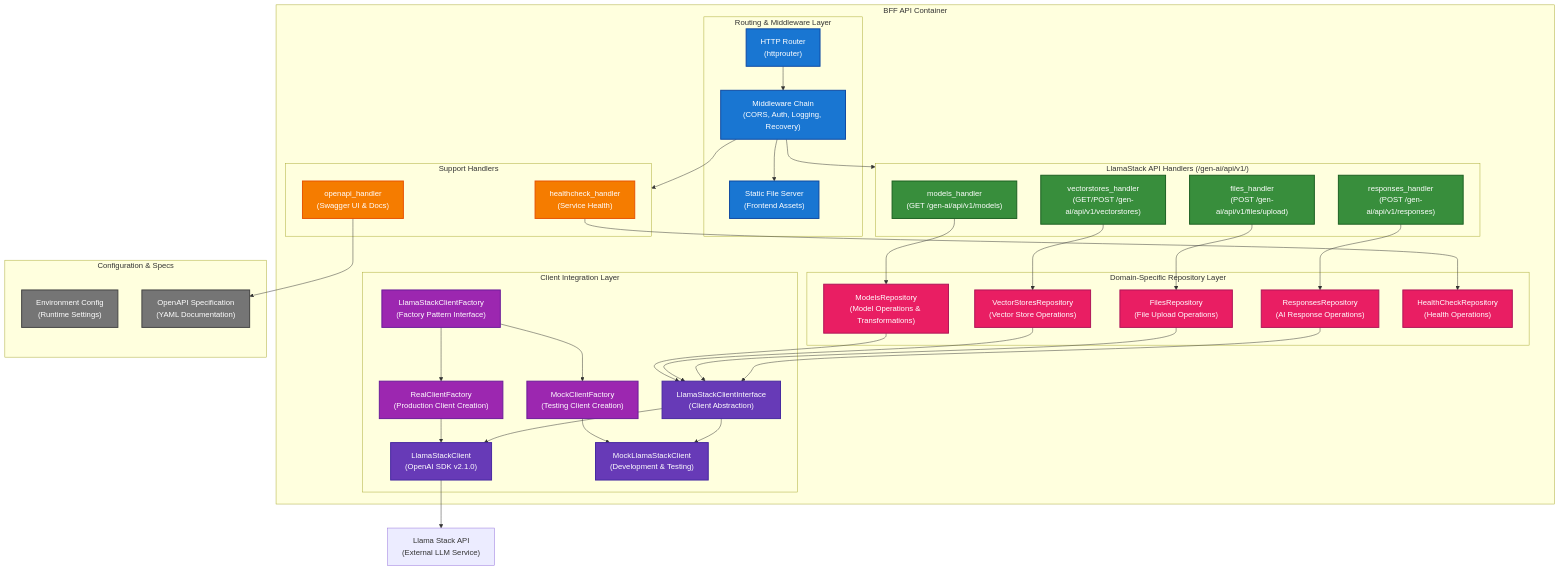
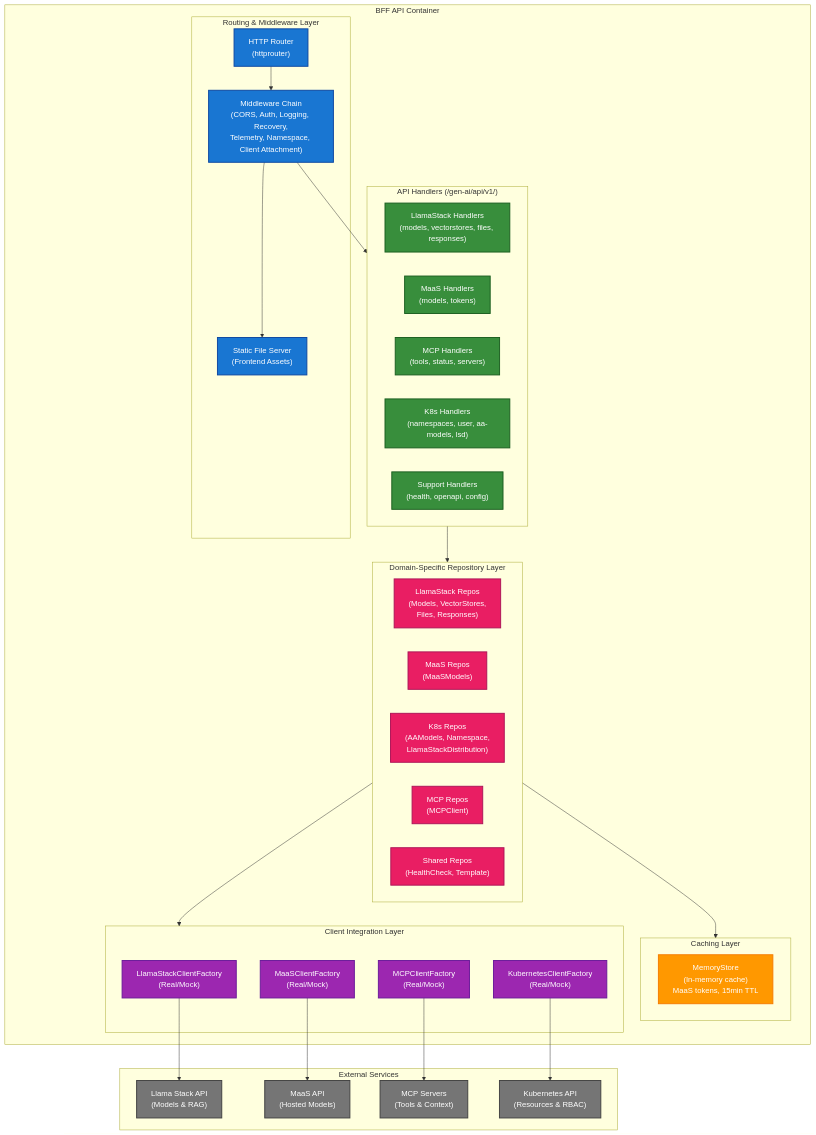
The fourth of 5 diagrams in packages/gen-ai/docs/adr/0002-system-architecture.md (opendatahub-io/odh-dashboard), drawn with Mermaid before and after one commit. The commit also changed other lines of this file and 11 other files, not shown here.

First line of the commit message:
docs: Update and expand BFF Architecture Decision Records

````diff
--- a/packages/gen-ai/docs/adr/0002-system-architecture.md
+++ b/packages/gen-ai/docs/adr/0002-system-architecture.md
@@ -304,87 +315,69 @@
     subgraph BFF["BFF API Container"]
         subgraph RoutingLayer["Routing & Middleware Layer"]
             Router["HTTP Router<br/>(httprouter)"]
-            Middleware["Middleware Chain<br/>(CORS, Auth, Logging, Recovery)"]
+            Middleware["Middleware Chain<br/>(CORS, Auth, Logging, Recovery,<br/>Telemetry, Namespace, Client Attachment)"]
             StaticServer["Static File Server<br/>(Frontend Assets)"]
         end
         
-        subgraph LlamaStackHandlers["LlamaStack API Handlers (/gen-ai/api/v1/)"]
-            ModelsHandler["models_handler<br/>(GET /gen-ai/api/v1/models)"]
-            VectorStoresHandler["vectorstores_handler<br/>(GET/POST /gen-ai/api/v1/vectorstores)"]
-            FilesHandler["files_handler<br/>(POST /gen-ai/api/v1/files/upload)"]
-            ResponsesHandler["responses_handler<br/>(POST /gen-ai/api/v1/responses)"]
+        subgraph Handlers["API Handlers (/gen-ai/api/v1/)"]
+            LlamaHandlers["LlamaStack Handlers<br/>(models, vectorstores, files, responses)"]
+            MaaSHandlers["MaaS Handlers<br/>(models, tokens)"]
+            MCPHandlers["MCP Handlers<br/>(tools, status, servers)"]
+            K8sHandlers["K8s Handlers<br/>(namespaces, user, aa-models, lsd)"]
+            SupportHandlers["Support Handlers<br/>(health, openapi, config)"]
         end
         
-        subgraph SupportHandlers["Support Handlers"]
-            OpenAPIHandler["openapi_handler<br/>(Swagger UI & Docs)"]
-            HealthHandler["healthcheck_handler<br/>(Service Health)"]
+        subgraph RepositoryLayer["Domain-Specific Repository Layer"]
+            LlamaRepos["LlamaStack Repos<br/>(Models, VectorStores,<br/>Files, Responses)"]
+            MaaSRepos["MaaS Repos<br/>(MaaSModels)"]
+            K8sRepos["K8s Repos<br/>(AAModels, Namespace,<br/>LlamaStackDistribution)"]
+            MCPRepos["MCP Repos<br/>(MCPClient)"]
+            SharedRepos["Shared Repos<br/>(HealthCheck, Template)"]
         end
         
-        subgraph BusinessLogic["Domain-Specific Repository Layer"]
-            ModelsRepo["ModelsRepository<br/>(Model Operations & Transformations)"]
-            VectorStoresRepo["VectorStoresRepository<br/>(Vector Store Operations)"]
-            FilesRepo["FilesRepository<br/>(File Upload Operations)"]
-            ResponsesRepo["ResponsesRepository<br/>(AI Response Operations)"]
-            HealthRepo["HealthCheckRepository<br/>(Health Operations)"]
+        subgraph CacheLayer["Caching Layer"]
+            MemoryStore["MemoryStore<br/>(In-memory cache)<br/>MaaS tokens, 15min TTL"]
         end
         
         subgraph ClientLayer["Client Integration Layer"]
-            ClientFactory["LlamaStackClientFactory<br/>(Factory Pattern Interface)"]
-            RealFactory["RealClientFactory<br/>(Production Client Creation)"]
-            MockFactory["MockClientFactory<br/>(Testing Client Creation)"]
-            LlamaClient["LlamaStackClient<br/>(OpenAI SDK v2.1.0)"]
-            MockClient["MockLlamaStackClient<br/>(Development & Testing)"]
-            ClientInterface["LlamaStackClientInterface<br/>(Client Abstraction)"]
+            LlamaFactory["LlamaStackClientFactory<br/>(Real/Mock)"]
+            MaaSFactory["MaaSClientFactory<br/>(Real/Mock)"]
+            MCPFactory["MCPClientFactory<br/>(Real/Mock)"]
+            K8sFactory["KubernetesClientFactory<br/>(Real/Mock)"]
         end
     end
     
-    subgraph Config["Configuration & Specs"]
-        EnvConfig["Environment Config<br/>(Runtime Settings)"]
-        OpenAPISpec["OpenAPI Specification<br/>(YAML Documentation)"]
+    subgraph ExternalServices["External Services"]
+        LlamaStackAPI["Llama Stack API<br/>(Models & RAG)"]
+        MaaSAPI["MaaS API<br/>(Hosted Models)"]
+        MCPAPI["MCP Servers<br/>(Tools & Context)"]
+        K8sAPI["Kubernetes API<br/>(Resources & RBAC)"]
     end
-    
-    LlamaStackAPI["Llama Stack API<br/>(External LLM Service)"]
     
     Router --> Middleware
     Middleware --> StaticServer
-    Middleware --> LlamaStackHandlers
-    Middleware --> SupportHandlers
+    Middleware --> Handlers
     
-    ModelsHandler --> ModelsRepo
-    VectorStoresHandler --> VectorStoresRepo
-    FilesHandler --> FilesRepo
-    ResponsesHandler --> ResponsesRepo
-    HealthHandler --> HealthRepo
+    Handlers --> RepositoryLayer
+    RepositoryLayer --> CacheLayer
+    RepositoryLayer --> ClientLayer
     
-    ModelsRepo --> ClientInterface
-    VectorStoresRepo --> ClientInterface
-    FilesRepo --> ClientInterface
-    ResponsesRepo --> ClientInterface
-    
-    ClientFactory --> RealFactory
-    ClientFactory --> MockFactory
-    RealFactory --> LlamaClient
-    MockFactory --> MockClient
-    
-    ClientInterface --> LlamaClient
-    ClientInterface --> MockClient
-    
-    LlamaClient --> LlamaStackAPI
-    OpenAPIHandler --> OpenAPISpec
+    LlamaFactory --> LlamaStackAPI
+    MaaSFactory --> MaaSAPI
+    MCPFactory --> MCPAPI
+    K8sFactory --> K8sAPI
     
     classDef routing fill:#1976d2,stroke:#0d47a1,stroke-width:2px,color:#fff
     classDef handlers fill:#388e3c,stroke:#1b5e20,stroke-width:2px,color:#fff
-    classDef support fill:#f57c00,stroke:#e65100,stroke-width:2px,color:#fff
-    classDef business fill:#e91e63,stroke:#ad1457,stroke-width:2px,color:#fff
+    classDef repos fill:#e91e63,stroke:#ad1457,stroke-width:2px,color:#fff
+    classDef cache fill:#ff9800,stroke:#f57c00,stroke-width:2px,color:#fff
     classDef factory fill:#9c27b0,stroke:#6a1b99,stroke-width:2px,color:#fff
-    classDef client fill:#673ab7,stroke:#4527a0,stroke-width:2px,color:#fff
-    classDef config fill:#757575,stroke:#424242,stroke-width:2px,color:#fff
+    classDef external fill:#757575,stroke:#424242,stroke-width:2px,color:#fff
     
     class Router,Middleware,StaticServer routing
-    class ModelsHandler,VectorStoresHandler,FilesHandler,ResponsesHandler handlers
-    class OpenAPIHandler,HealthHandler support
-    class ModelsRepo,VectorStoresRepo,FilesRepo,ResponsesRepo,HealthRepo business
-    class ClientFactory,RealFactory,MockFactory factory
-    class LlamaClient,MockClient,ClientInterface client
-    class EnvConfig,OpenAPISpec config
+    class LlamaHandlers,MaaSHandlers,MCPHandlers,K8sHandlers,SupportHandlers handlers
+    class LlamaRepos,MaaSRepos,K8sRepos,MCPRepos,SharedRepos repos
+    class MemoryStore cache
+    class LlamaFactory,MaaSFactory,MCPFactory,K8sFactory factory
+    class LlamaStackAPI,MaaSAPI,MCPAPI,K8sAPI external
 ```
````
